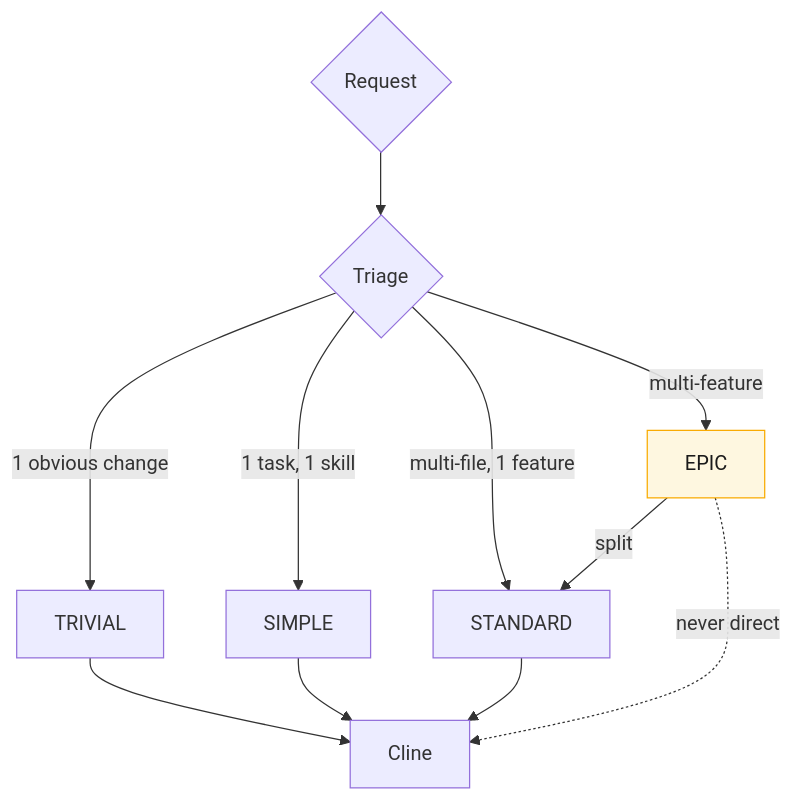
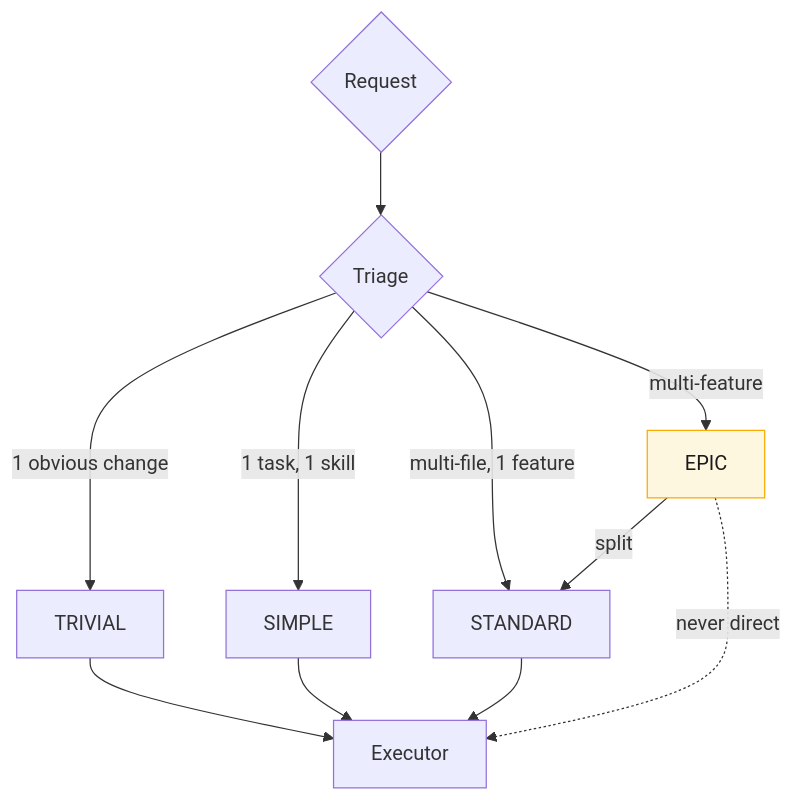
One commit to Vtquan123/strix changed the diagram in reference/workflow/complexity-levels.md. Above: the diagram before and after it, drawn with Mermaid. The commit also changed other lines of this file and 95 other files, not shown here.

````diff
--- a/reference/workflow/complexity-levels.md
+++ b/reference/workflow/complexity-levels.md
@@ -7,15 +7,15 @@
 ```mermaid
 flowchart TD
     Q{Request} --> T{Triage}
     T -->|1 obvious change| TR[TRIVIAL]
     T -->|1 task, 1 skill| SI[SIMPLE]
     T -->|multi-file, 1 feature| ST[STANDARD]
     T -->|multi-feature| EP[EPIC]
     EP -->|split| ST
-    TR --> CL[Cline]
+    TR --> CL[Executor]
     SI --> CL
     ST --> CL
     EP -.->|never direct| CL
     classDef epic fill:#fef7e0,stroke:#f9ab00,color:#1a1a1a;
     class EP epic;
 ```
````
